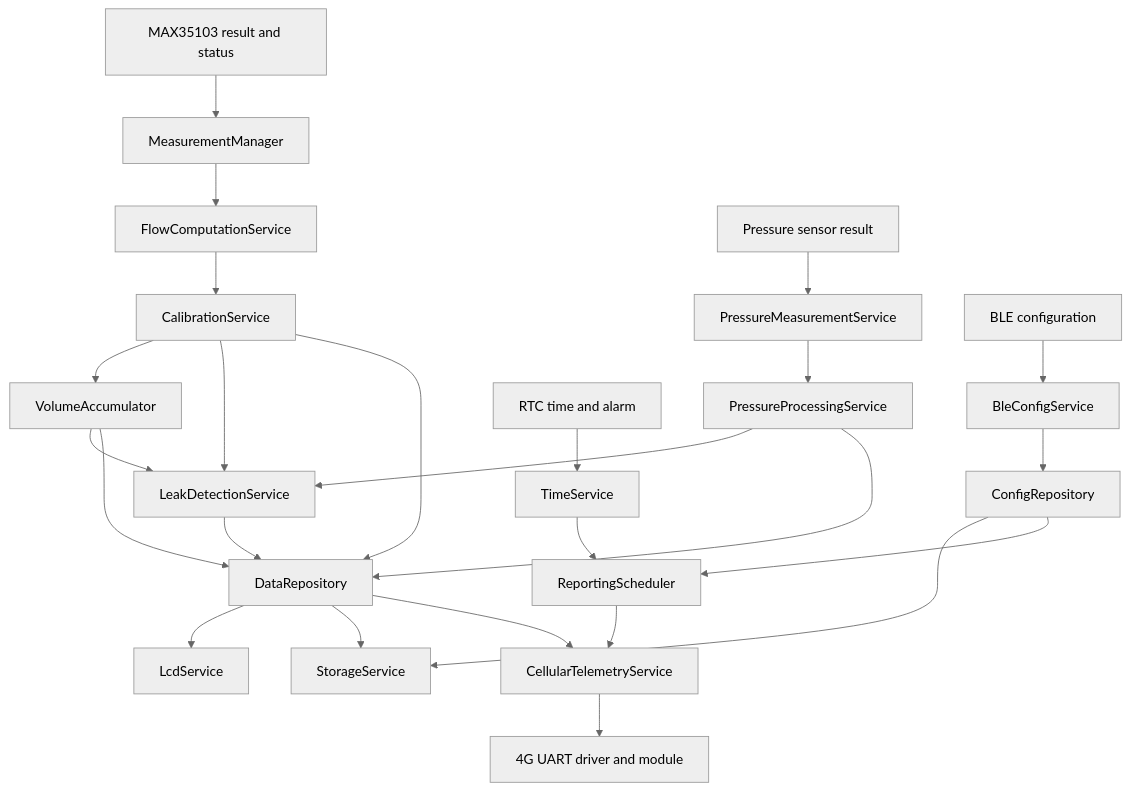
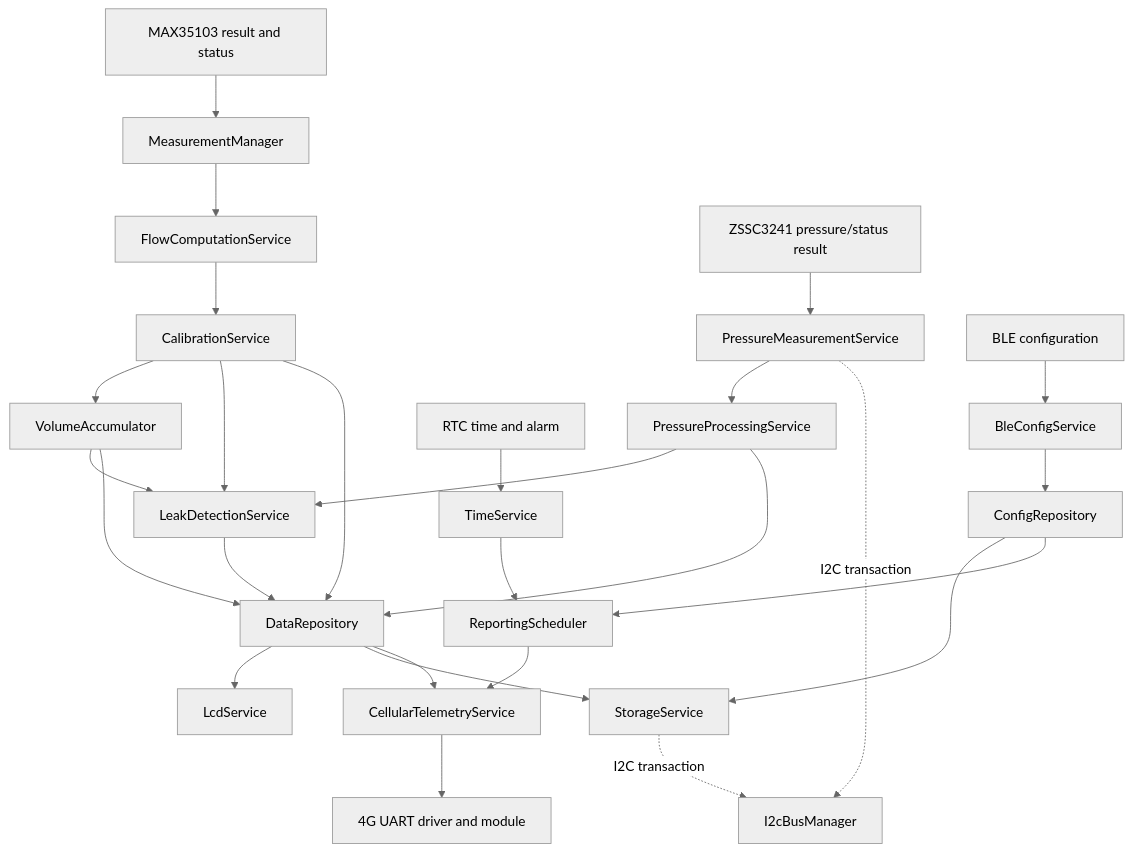
One commit to whoisLePhuc/smart-water-flow-pressure-monitor changed the third of 3 diagrams in 1.docs/00_overview/02_system_block_diagram.md. Above: the diagram before and after it, drawn with Mermaid (neutral theme). The commit also changed other lines of this file and 11 other files, not shown here.

````diff
--- a/1.docs/00_overview/02_system_block_diagram.md
+++ b/1.docs/00_overview/02_system_block_diagram.md
@@ -144,33 +148,35 @@
 ```mermaid
 flowchart TD
     MAXDATA["MAX35103 result and status"] --> MEAS["MeasurementManager"]
     MEAS --> FLOW["FlowComputationService"]
     FLOW --> CAL["CalibrationService"]
     CAL --> VOL["VolumeAccumulator"]
 
-    PRESSDATA["Pressure sensor result"] --> PMEAS["PressureMeasurementService"]
+    PRESSDATA["ZSSC3241 pressure/status result"] --> PMEAS["PressureMeasurementService"]
     PMEAS --> PPROC["PressureProcessingService"]
+    PMEAS -.->|"I2C transaction"| I2C["I2cBusManager"]
 
     CAL --> LEAK["LeakDetectionService"]
     VOL --> LEAK
     PPROC --> LEAK
 
     CAL --> REPO["DataRepository"]
     VOL --> REPO
     PPROC --> REPO
     LEAK --> REPO
 
     BLEIN["BLE configuration"] --> BLECFG["BleConfigService"]
     BLECFG --> CFG["ConfigRepository"]
     CFG --> STORE["StorageService"]
+    STORE -.->|"I2C transaction"| I2C
 
     RTCEVT["RTC time and alarm"] --> TIME["TimeService"]
     TIME --> SCHED["ReportingScheduler"]
     CFG --> SCHED
 
     REPO --> LCDSVC["LcdService"]
     REPO --> STORE
     REPO --> TELEMETRY["CellularTelemetryService"]
     SCHED --> TELEMETRY
     TELEMETRY --> MODEM["4G UART driver and module"]
 ```
````
